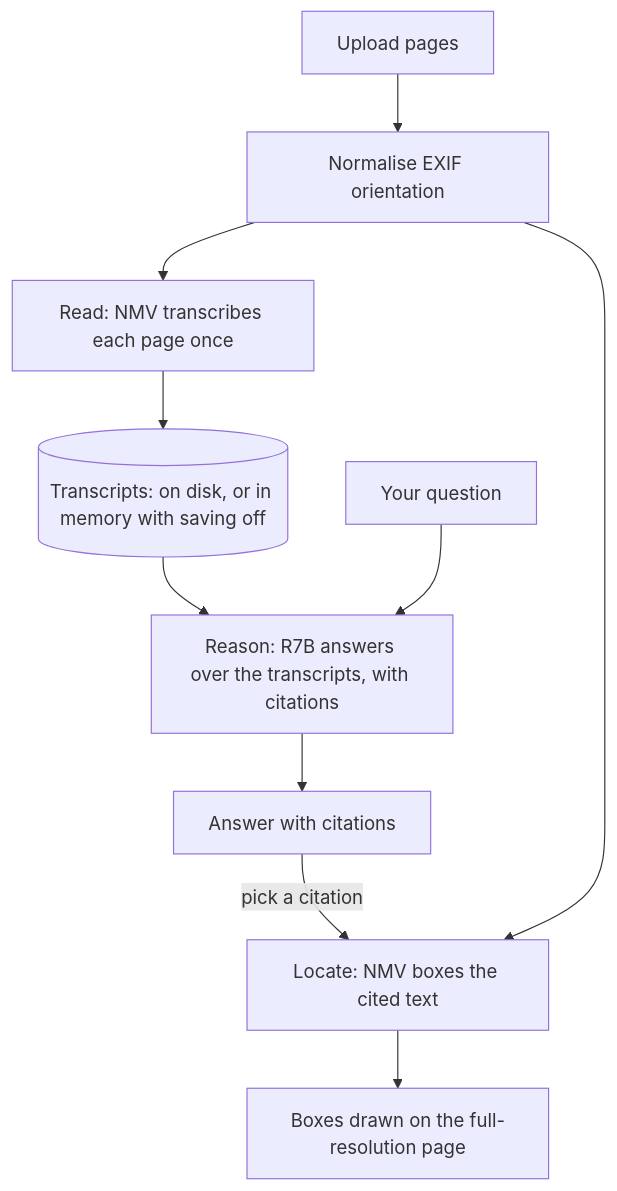
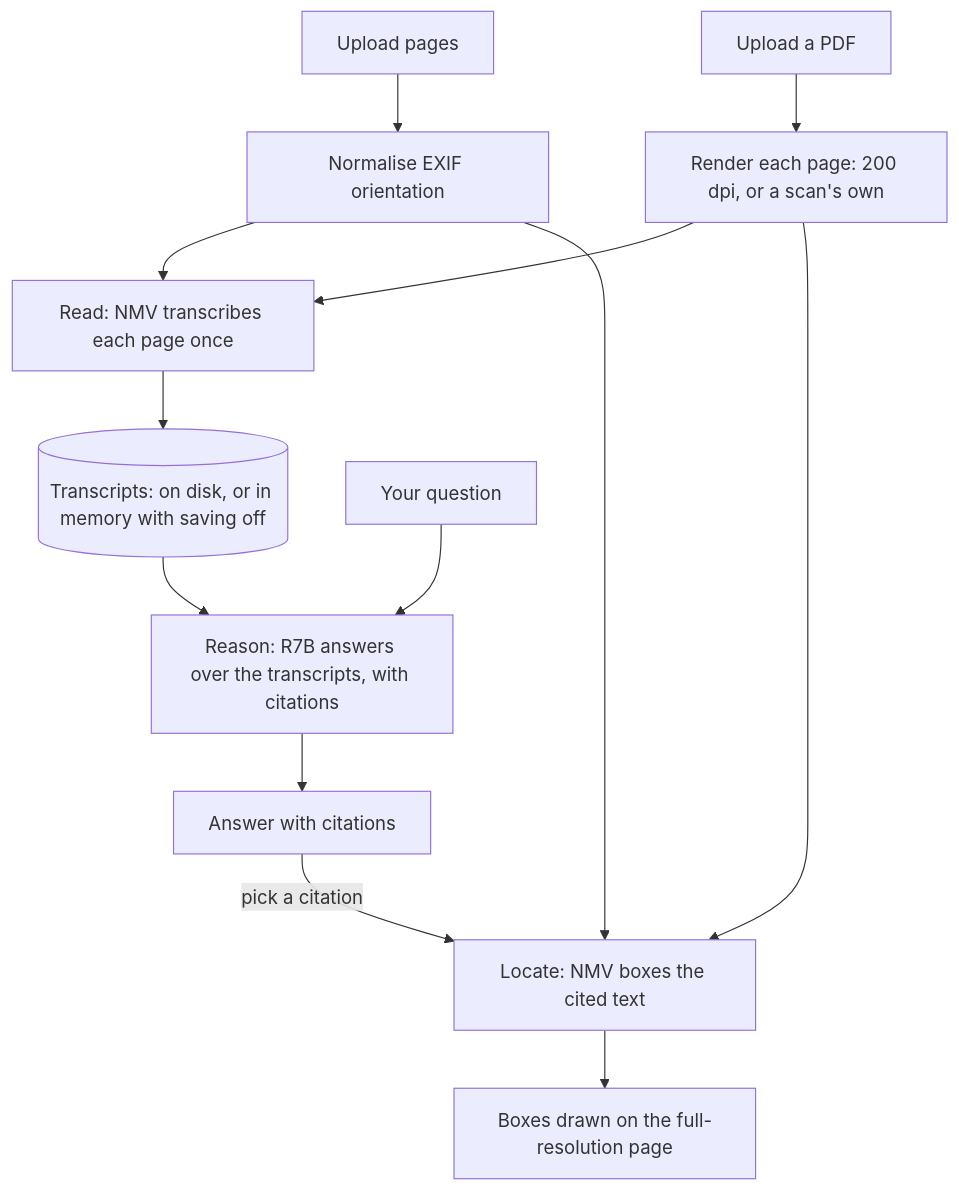
Before and after one commit to darylalim/cohere-document-intelligence: the first of 2 diagrams in docs/architecture.md, drawn with Mermaid. The commit also changed other lines of this file and 11 other files, not shown here.

````diff
--- a/docs/architecture.md
+++ b/docs/architecture.md
@@ -39,12 +40,15 @@
 ```mermaid
 flowchart TD
     upload["Upload pages"] --> normalize["Normalise EXIF orientation"]
+    pdf["Upload a PDF"] --> render["Render each page: 200 dpi, or a scan's own"]
+    render --> read
     normalize --> read["Read: NMV transcribes each page once"]
     read --> store[("Transcripts: on disk, or in memory with saving off")]
     store --> reason["Reason: R7B answers over the transcripts, with citations"]
     question["Your question"] --> reason
     reason --> answer["Answer with citations"]
     answer -- "pick a citation" --> locate["Locate: NMV boxes the cited text"]
     normalize --> locate
+    render --> locate
     locate --> overlay["Boxes drawn on the full-resolution page"]
 ```
````
